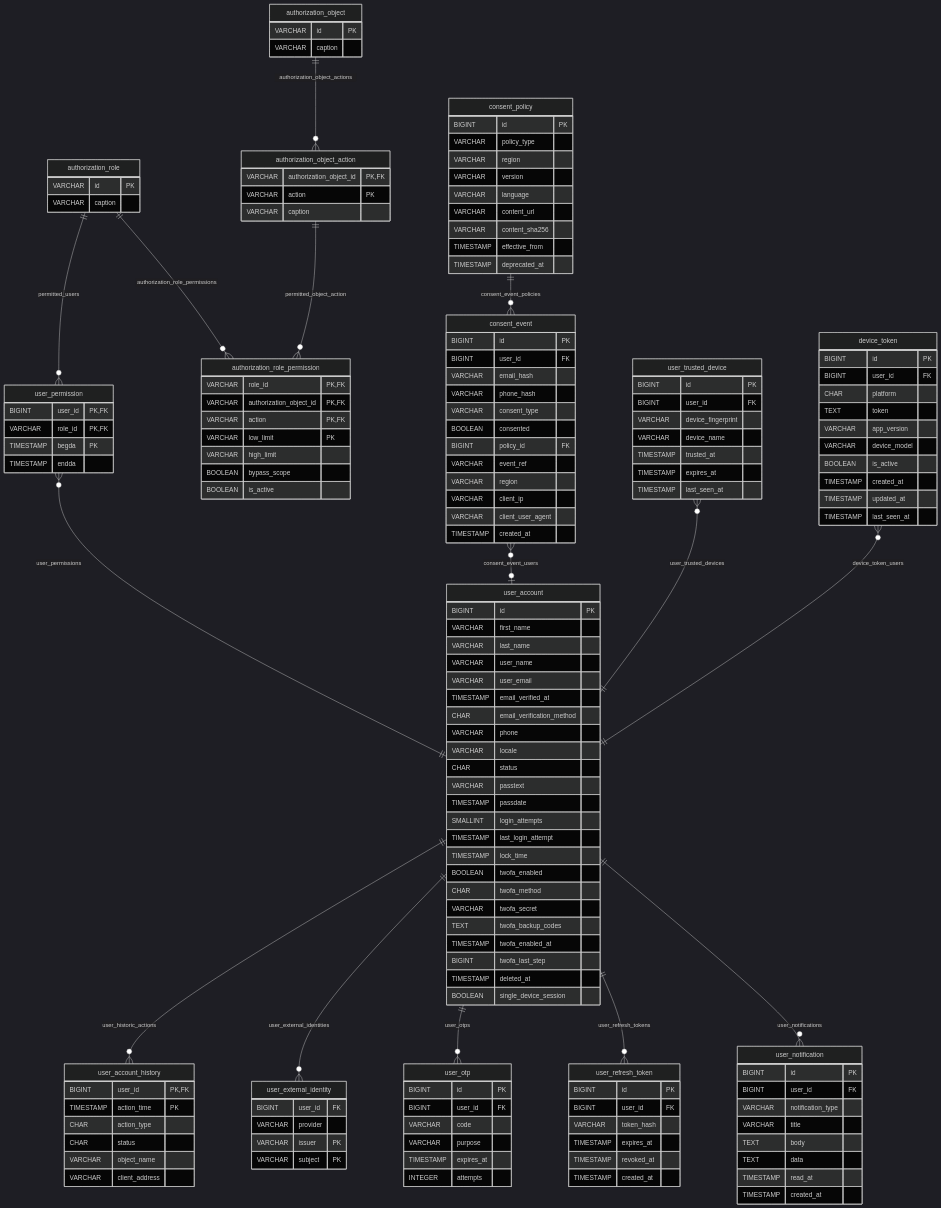
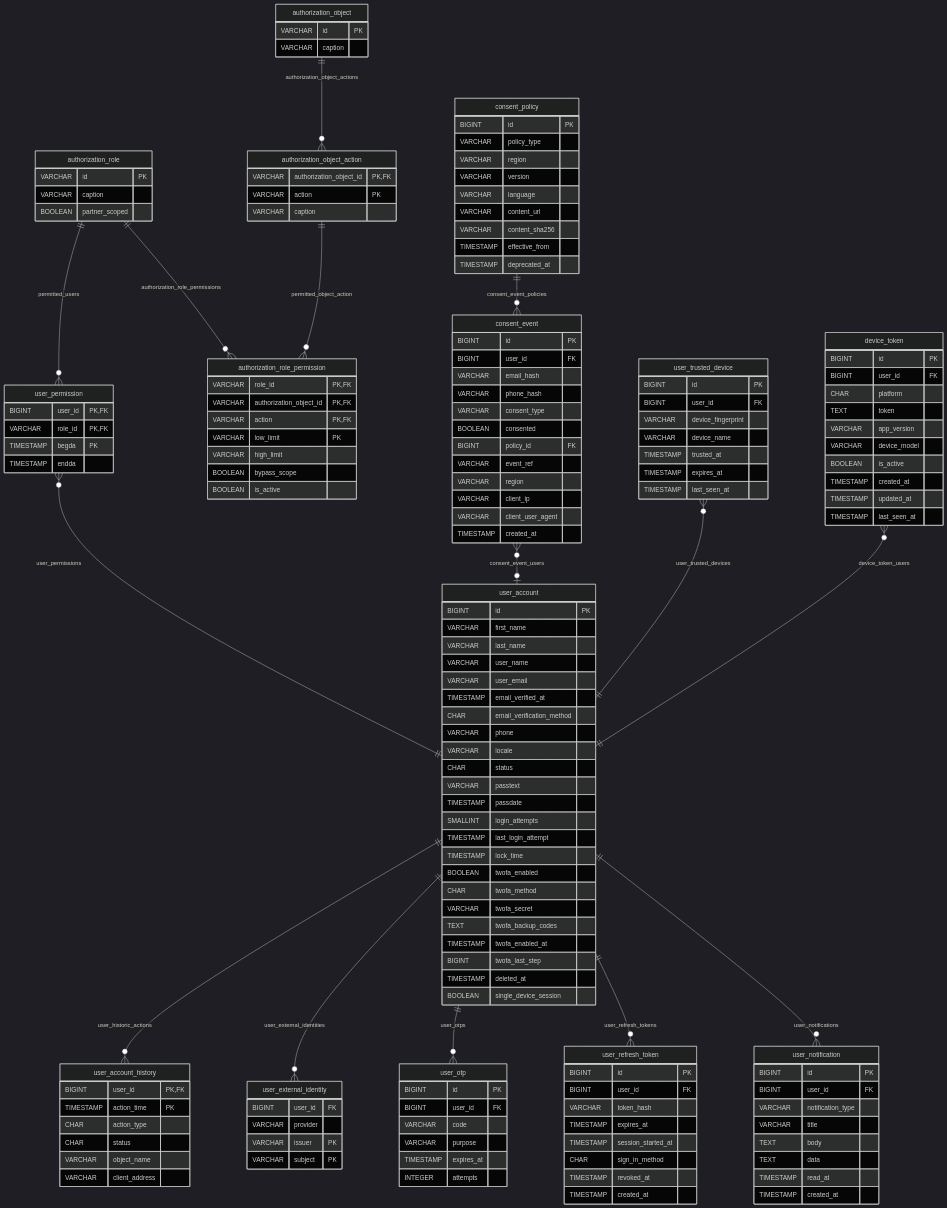
Before and after one commit to nauticana/keel: the seventh of 20 diagrams in DB.md, drawn with Mermaid (dark theme). The commit also changed other lines of this file and 52 other files, not shown here.

Commit message:
Partner sign-in policy, required SSO, session lifetime, approval expiry, client grants

```diff
--- a/DB.md
+++ b/DB.md
@@ -465,6 +462,8 @@
         BIGINT user_id FK
         VARCHAR token_hash
         TIMESTAMP expires_at
+        TIMESTAMP session_started_at
+        CHAR sign_in_method
         TIMESTAMP revoked_at
         TIMESTAMP created_at
     }
@@ -575,6 +574,7 @@
     authorization_role {
         VARCHAR id PK
         VARCHAR caption
+        BOOLEAN partner_scoped
     }
     authorization_role_permission {
         VARCHAR role_id PK,FK
```
